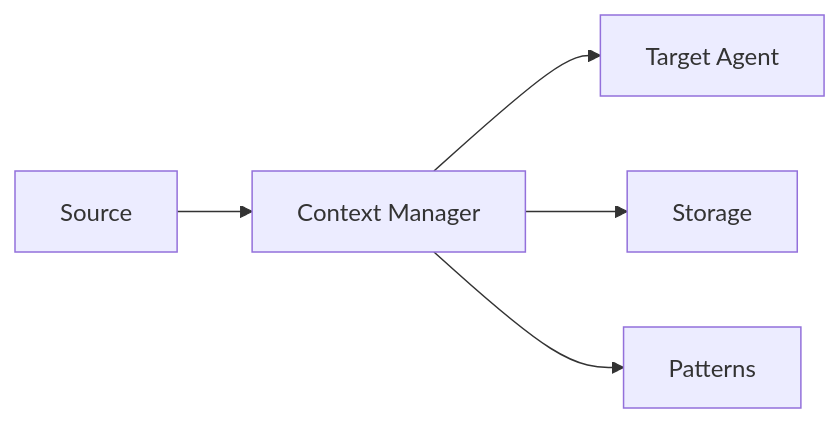
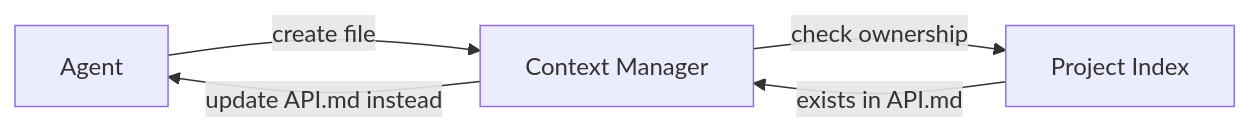
The diagram in docs/agents/context-manager/README.md (jmontp/agent-workflow), drawn with Mermaid before and after one commit. The commit also changed other lines of this file and 15 other files, not shown here.

First line of the commit message:
refactor: Consolidate Context Manager v2 design and remove redundancy

````diff
--- a/docs/agents/context-manager/README.md
+++ b/docs/agents/context-manager/README.md
@@ -38,7 +61,7 @@
 ```mermaid
 graph LR
-    A[Source] --> CM[Context Manager]
-    CM --> B[Target Agent]
-    CM --> S[Storage]
-    CM --> P[Patterns]
+    A[Agent] -->|"create file"| CM[Context Manager]
+    CM -->|"check ownership"| PI[Project Index]
+    PI -->|"exists in API.md"| CM
+    CM -->|"update API.md instead"| A
 ```
````
